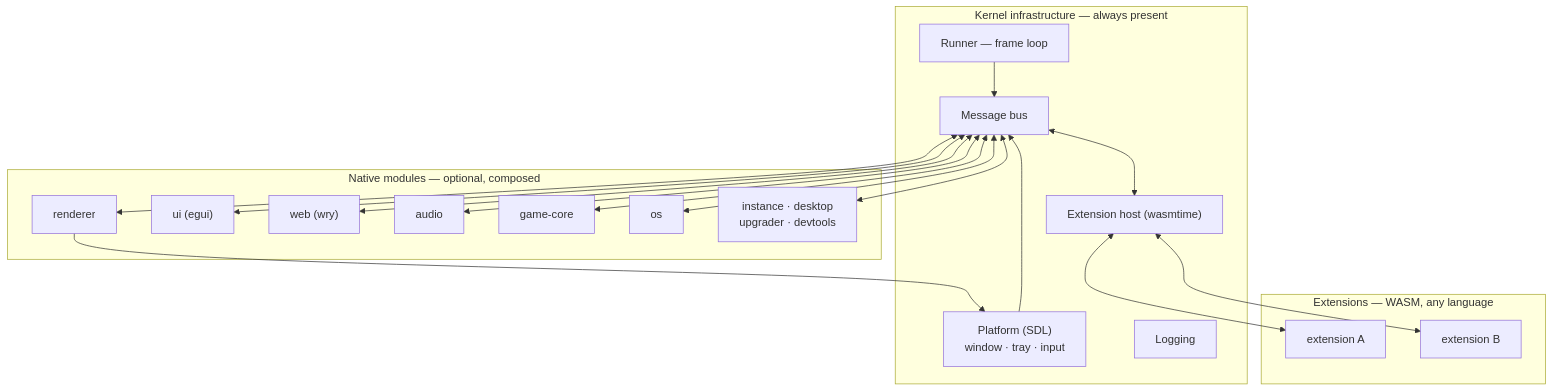
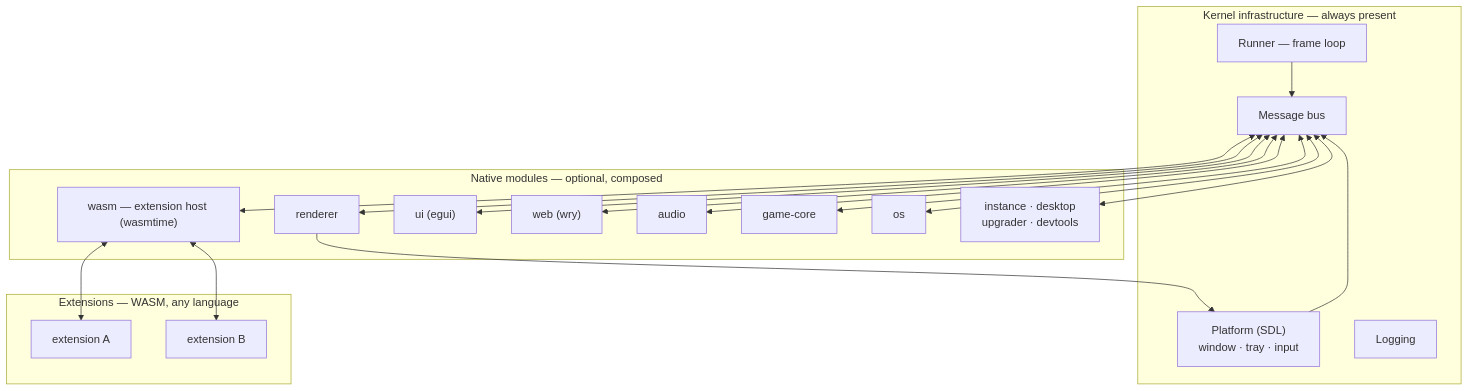
One commit to an-dr/bones changed the diagram in docs/architecture/overview.md. Above: the diagram before and after it, drawn with Mermaid. The commit also changed other lines of this file and 64 other files, not shown here.

First line of the commit message:
refactor!: host extensions in an opt-in wasm module

````diff
--- a/docs/architecture/overview.md
+++ b/docs/architecture/overview.md
@@ -25,39 +25,39 @@
 ```mermaid
 graph TD
     subgraph Kernel infrastructure["Kernel infrastructure — always present"]
         Bus["Message bus"]
-        Host["Extension host (wasmtime)"]
         Platform["Platform (SDL)<br/>window · tray · input"]
         Runner["Runner — frame loop"]
         Log["Logging"]
     end
 
     subgraph Modules["Native modules — optional, composed"]
         Renderer["renderer"]
         UI["ui (egui)"]
         Web["web (wry)"]
         Audio["audio"]
         GameCore["game-core"]
         OS["os"]
         App["instance · desktop<br/>upgrader · devtools"]
+        Host["wasm — extension host (wasmtime)"]
     end
 
     subgraph Ext["Extensions — WASM, any language"]
         ExtA["extension A"]
         ExtB["extension B"]
     end
 
     Platform --> Bus
     Bus <--> Host
     Host <--> ExtA
     Host <--> ExtB
     Bus <--> Renderer
     Bus <--> UI
     Bus <--> Web
     Bus <--> Audio
     Bus <--> GameCore
     Bus <--> OS
     Bus <--> App
     Runner --> Bus
     Renderer --> Platform
 ```
````
